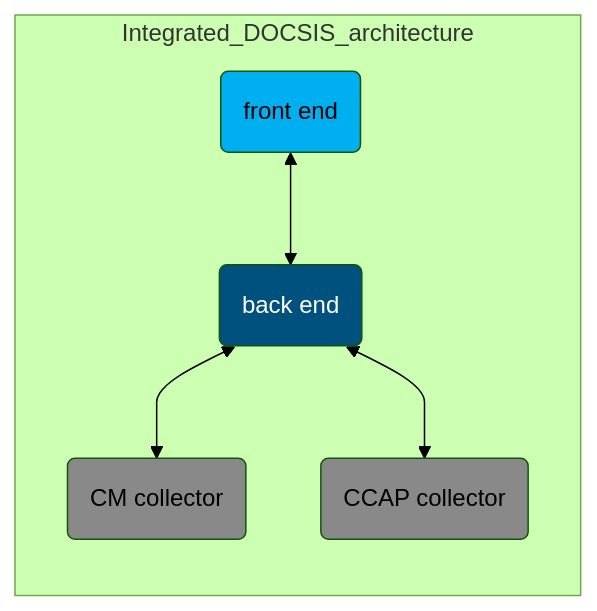
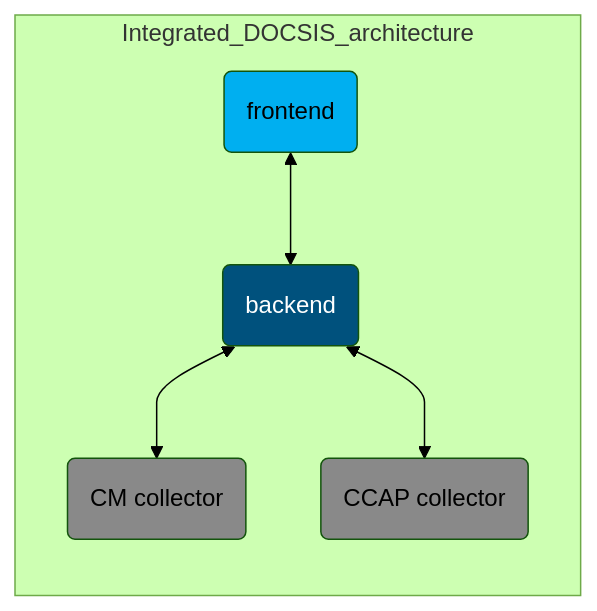
The diagram in solutions/standard_solutions/EPM/EPM_I-DOCSIS/I-DOCSIS_architecture.md (SkylineCommunications/dataminer-docs), drawn with Mermaid (forest theme) before and after one commit. The commit also changed other lines of this file and 68 other files, not shown here.

Commit message:
frontend+backend

````diff
--- a/solutions/standard_solutions/EPM/EPM_I-DOCSIS/I-DOCSIS_architecture.md
+++ b/solutions/standard_solutions/EPM/EPM_I-DOCSIS/I-DOCSIS_architecture.md
@@ -17,14 +17,14 @@
 ```mermaid
 %%{init: {'flowchart':{'curve':'monotoneY'}}}%%
 flowchart TB
   subgraph Integrated_DOCSIS_architecture
     direction TB
-    style Front-End fill:#00aff0
-    style Back-End fill:#00517d,color:#ffffff
+    style Frontend fill:#00aff0
+    style Backend fill:#00517d,color:#ffffff
     style CM-Collector fill:#898989
     style CCAP fill:#898989
-    Front-End(front end) <--> Back-End(back end)
-    Back-End(back end) <--> CM-Collector(CM collector)
-    Back-End(back end) <--> CCAP(CCAP collector)
+    Frontend(frontend) <--> Backend(backend)
+    Backend(backend) <--> CM-Collector(CM collector)
+    Backend(backend) <--> CCAP(CCAP collector)
   end
 ```
````
